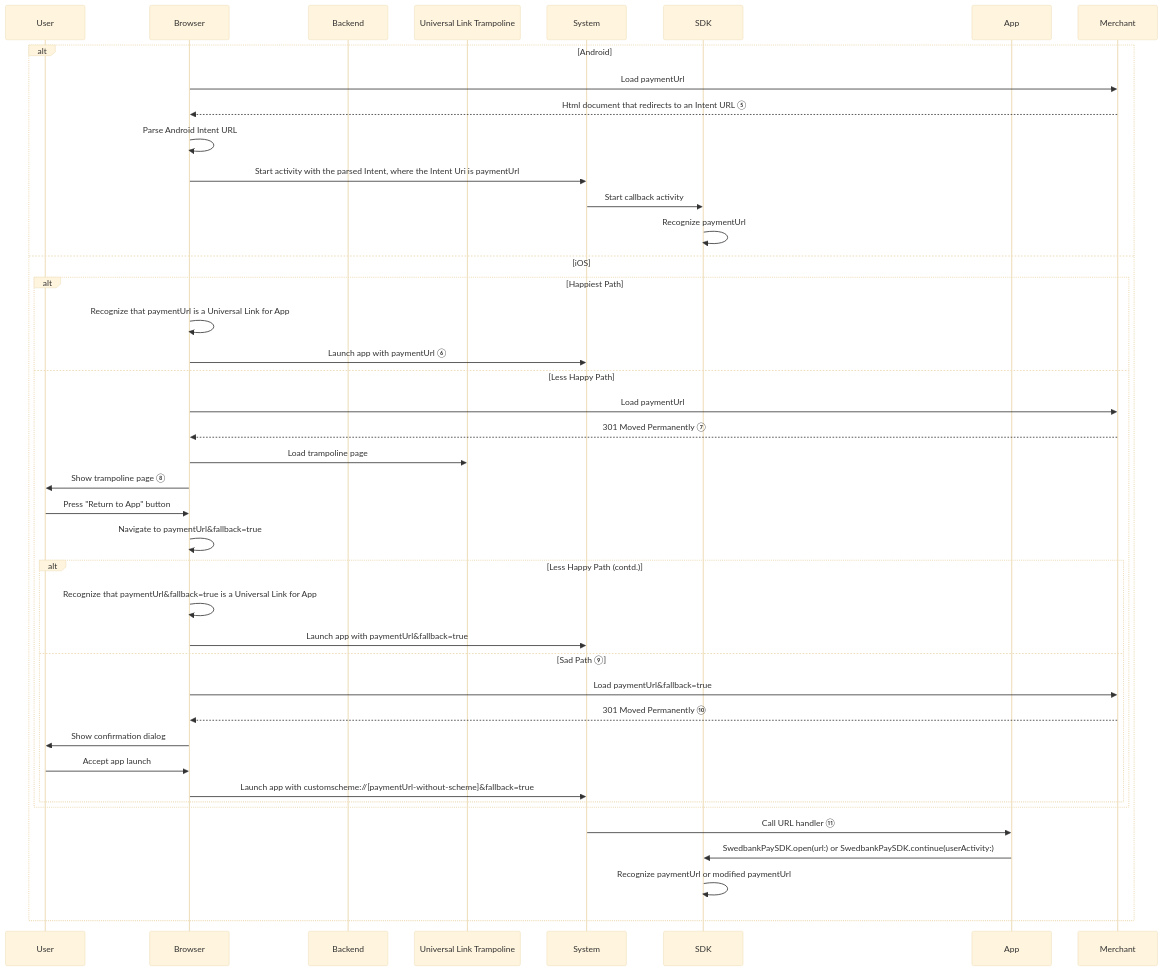
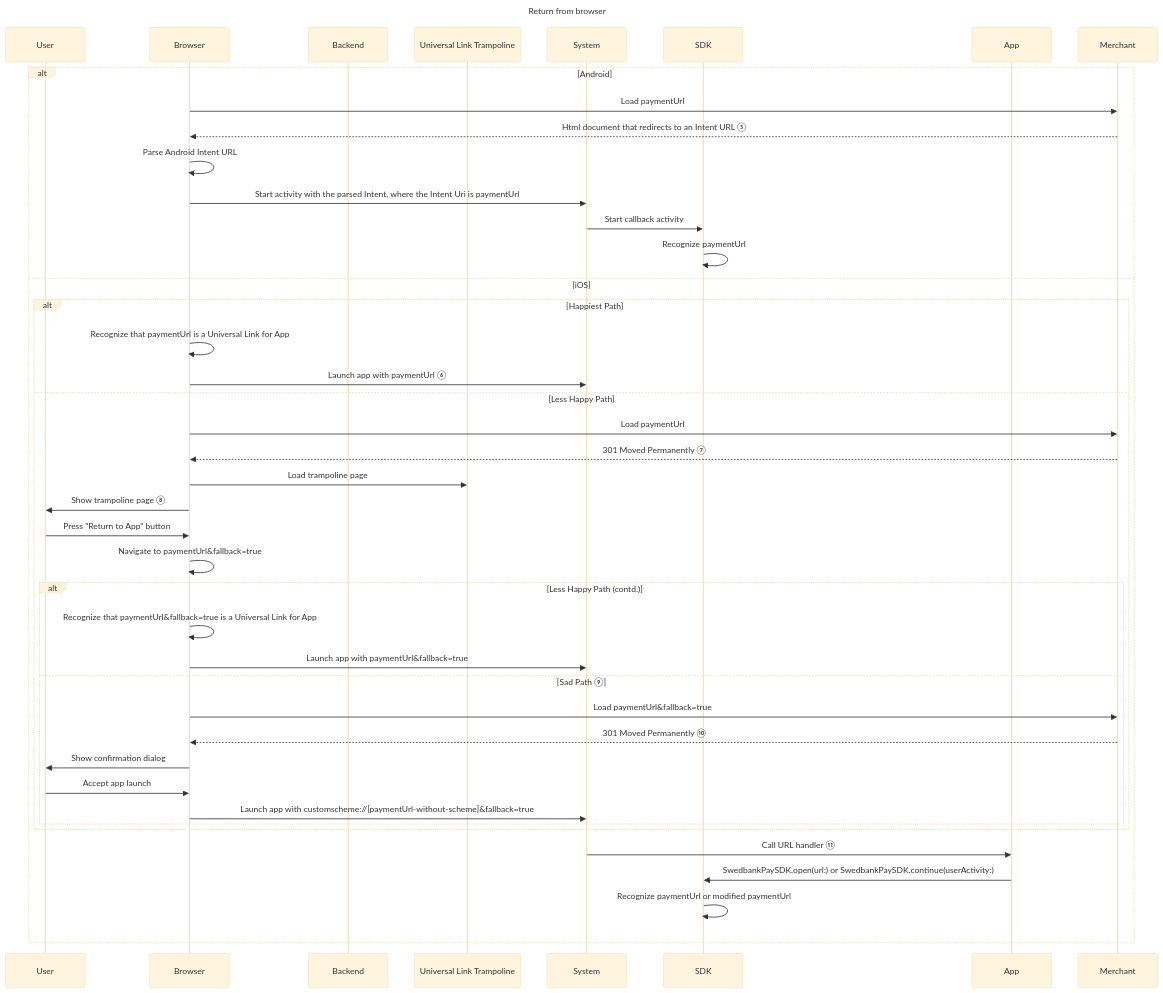
The seventh of 8 diagrams in checkout-v3/modules-sdks/mobile-sdk/process-diagrams.md (SwedbankPay/developer.swedbankpay.com), drawn with Mermaid (base theme) before and after one commit. The commit also changed other lines of this file and 66 other files, not shown here.

Commit message:
Added titles in sequence diagrams

````diff
--- a/checkout-v3/modules-sdks/mobile-sdk/process-diagrams.md
+++ b/checkout-v3/modules-sdks/mobile-sdk/process-diagrams.md
@@ -360,44 +366,45 @@
 ```mermaid
 sequenceDiagram
+title: Return from browser
     participant User
     participant Browser
     participant Backend
     participant Trampoline as Universal Link Trampoline
     participant System
     participant SDK
     participant App
 
     alt Android
         Browser ->> Merchant: Load paymentUrl
         Merchant -->> Browser: Html document that redirects to an Intent URL ⑤
         Browser ->> Browser: Parse Android Intent URL
         Browser ->> System: Start activity with the parsed Intent, where the Intent Uri is paymentUrl
         System ->> SDK: Start callback activity
         SDK ->> SDK: Recognize paymentUrl
     else iOS
         alt Happiest Path
             Browser ->> Browser: Recognize that paymentUrl is a Universal Link for App
             Browser ->> System: Launch app with paymentUrl ⑥
         else Less Happy Path
             Browser ->> Merchant: Load paymentUrl
             Merchant -->> Browser: 301 Moved Permanently ⑦
             Browser ->> Trampoline: Load trampoline page
             Browser ->> User: Show trampoline page ⑧
             User ->> Browser: Press "Return to App" button
             Browser ->> Browser: Navigate to paymentUrl&fallback=true
             alt Less Happy Path (contd.)
                 Browser ->> Browser : Recognize that paymentUrl&fallback=true is a Universal Link for App
                 Browser ->> System : Launch app with paymentUrl&fallback=true
             else Sad Path ⑨
                 Browser ->> Merchant: Load paymentUrl&fallback=true
                 Merchant -->> Browser: 301 Moved Permanently ⑩
                 Browser ->> User: Show confirmation dialog
                 User ->> Browser: Accept app launch
                 Browser ->> System: Launch app with customscheme://[paymentUrl-without-scheme]&fallback=true
             end
         end
         System ->> App: Call URL handler ⑪
         App ->> SDK: SwedbankPaySDK.open(url:) or SwedbankPaySDK.continue(userActivity:)
         SDK ->> SDK: Recognize paymentUrl or modified paymentUrl
     end
 ```
````
